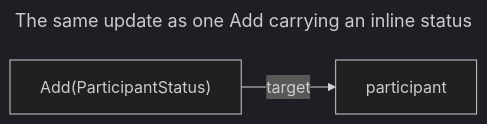
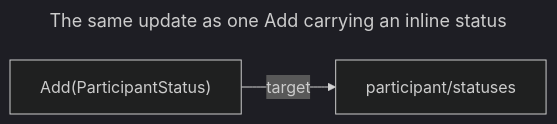
The fourth of 4 diagrams in docs/topics/activity_vocabulary_design.md (CERTCC/Vultron), drawn with Mermaid (dark theme) before and after one commit. The commit also changed other lines of this file and 25 other files, not shown here.

````diff
--- a/docs/topics/activity_vocabulary_design.md
+++ b/docs/topics/activity_vocabulary_design.md
@@ -200,7 +200,7 @@
 ```mermaid
 ---
 title: The same update as one Add carrying an inline status
 ---
 flowchart LR
-    a["Add(ParticipantStatus)"] -->|target| b[participant]
+    a["Add(ParticipantStatus)"] -->|target| b["participant/statuses"]
 ```
````
